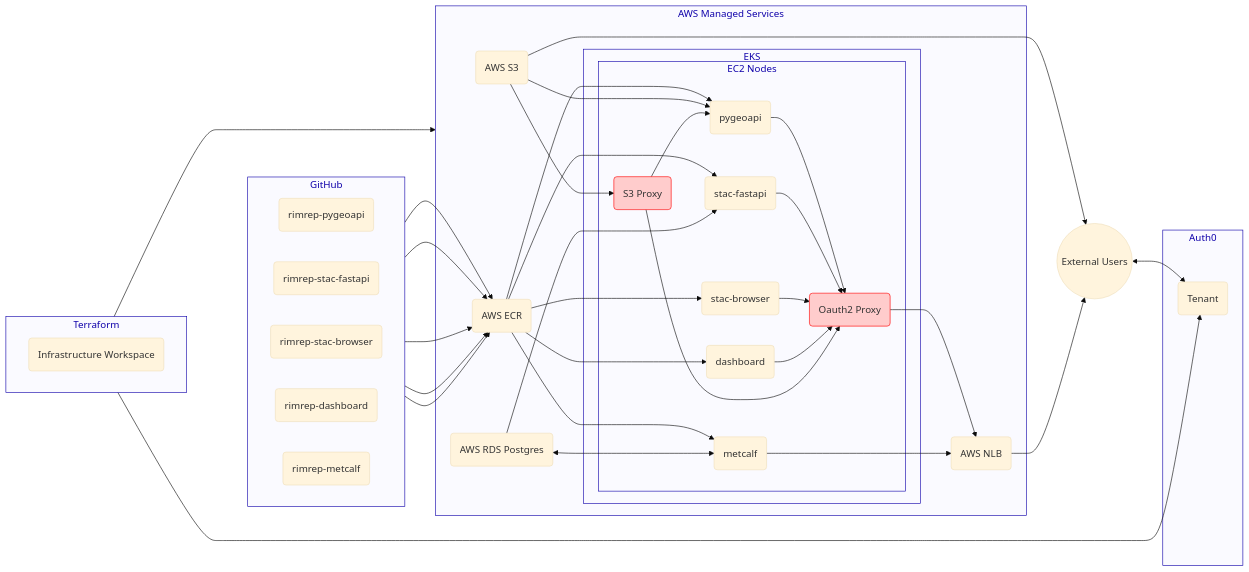
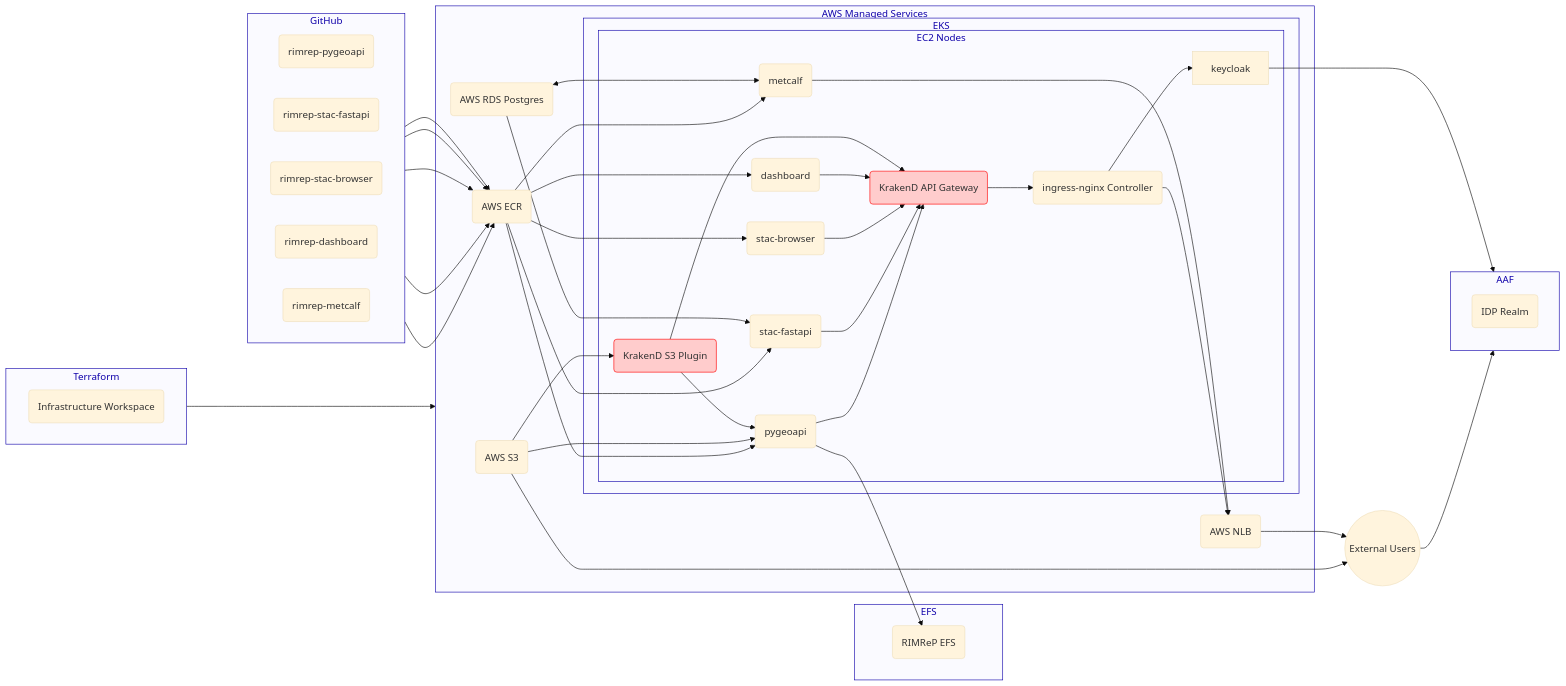
Before and after one commit to gbr-dms/rimrep-documentation: the second of 2 diagrams in docs/architecture/components/iac.md, drawn with Mermaid. The commit also changed other lines of this file, not shown here.

````diff
--- a/docs/architecture/components/iac.md
+++ b/docs/architecture/components/iac.md
@@ -130,6 +257,14 @@
     infrastructure(Infrastructure Workspace)
   end
 
+  subgraph aaf["AAF"]
+    tenant("IDP Realm")
+  end
+
+  subgraph "EFS"
+    efs("RIMReP EFS")
+  end
+
   subgraph github["GitHub"]
     direction LR
     pygeoapi_repo(rimrep-pygeoapi)
@@ -139,12 +274,8 @@
     metcalf_repo(rimrep-metcalf)
   end
 
-  subgraph auth0["Auth0"]
-    tenant("Tenant")
-  end
-
   subgraph aws["AWS Managed Services"]
-    lb("AWS NLB ")
+    lb("AWS NLB")
     rds("AWS RDS Postgres")
     s3("AWS S3")
     ecr("AWS ECR")
@@ -152,8 +283,9 @@
     subgraph eks["EKS"]
       subgraph "EC2 Nodes"
         data_api(pygeoapi)
-        s3_proxy(S3 Proxy):::red
-        oauth2_proxy(Oauth2 Proxy):::red
+        rimrep_krakend_plugin(KrakenD S3 Plugin):::red
+        krakend_api_gateway(KrakenD API Gateway):::red
+        ingress_nginx(ingress-nginx Controller)
 
         stac_fastapi(stac-fastapi)
 
@@ -161,30 +293,35 @@
         dashboard(dashboard)
 
         metcalf(metcalf)
+
+        keycloak
+
       end
     end
   end
 
-  terraform ------> aws & tenant
+  terraform ------> aws
 
   pygeoapi_repo & stac_api_repo & stac_browser_repo & dashboard_repo & metcalf_repo --> ecr
   ecr ---> data_api & stac_fastapi & metadata_frontend & dashboard & metcalf
 
   users((External Users))
 
-  data_api & stac_fastapi & metadata_frontend & dashboard--> oauth2_proxy
+  data_api & stac_fastapi & metadata_frontend & dashboard--> krakend_api_gateway
 
   rds ---> stac_fastapi
   rds <--> metcalf
 
-  s3 --> s3_proxy & data_api
-  s3 --> users
-  s3_proxy --> data_api & oauth2_proxy
+  s3 --> rimrep_krakend_plugin & data_api
+  s3 --> users --> aaf
+  rimrep_krakend_plugin --> data_api & krakend_api_gateway
 
-  oauth2_proxy --> lb --> users
+  krakend_api_gateway --> ingress_nginx --> lb --> users
+
+  ingress_nginx --> keycloak --> aaf
 
   metcalf --> lb
 
-  users <--> tenant
+  data_api --> efs
 
 ```
````
